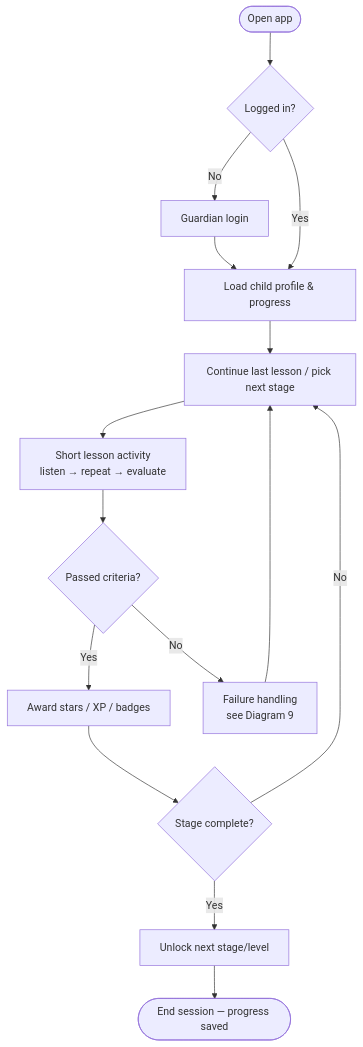
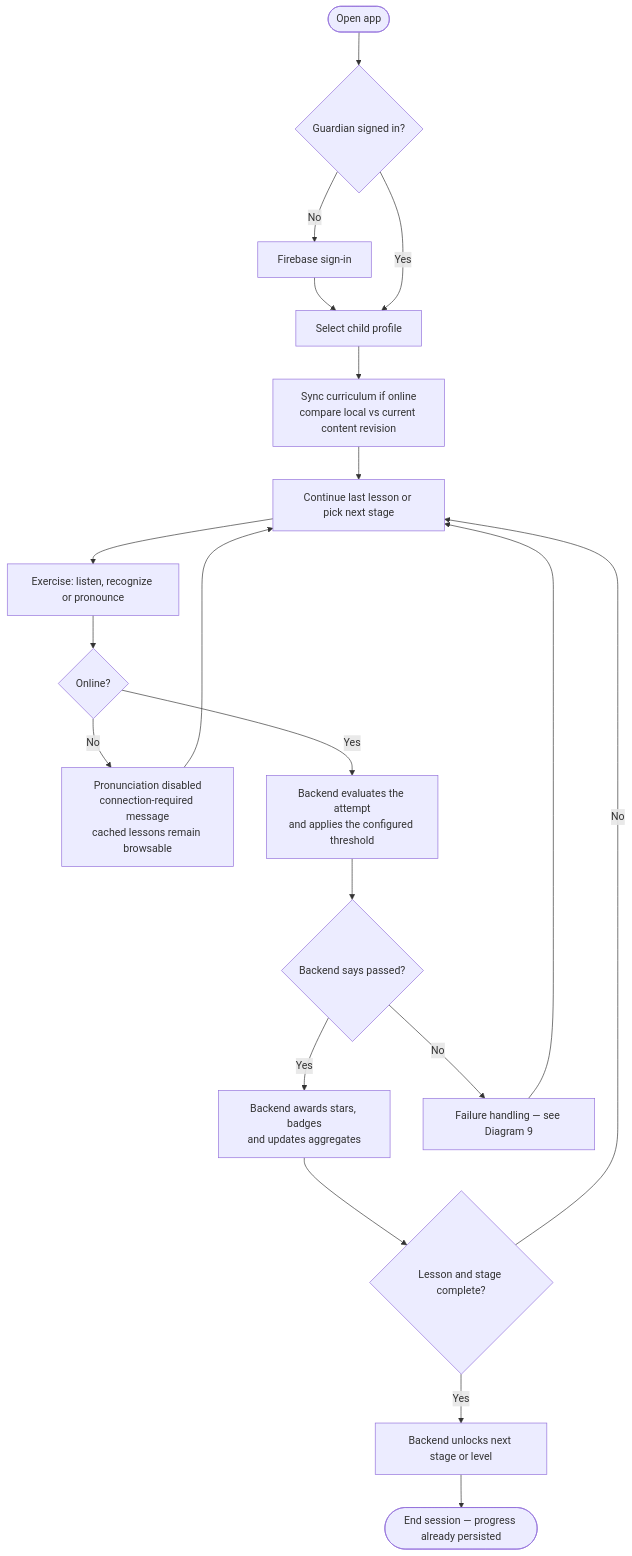
Before and after one commit to MohamedMaged9258/Yantiq: the eighth of 20 diagrams in docs/architecture/diagrams.md, drawn with Mermaid. The commit also changed other lines of this file, not shown here.

First line of the commit message:
docs: rewrite architecture diagrams against the Phase 0 baseline

````diff
--- a/docs/architecture/diagrams.md
+++ b/docs/architecture/diagrams.md
@@ -359,16 +523,21 @@
 ```mermaid
 flowchart TD
-    A([Open app]) --> B{Logged in?}
-    B -- No --> C[Guardian login] --> D
-    B -- Yes --> D[Load child profile & progress]
-    D --> E[Continue last lesson / pick next stage]
-    E --> F[Short lesson activity<br/>listen → repeat → evaluate]
-    F --> G{Passed criteria?}
-    G -- Yes --> H[Award stars / XP / badges]
-    H --> I{Stage complete?}
-    I -- Yes --> J[Unlock next stage/level]
-    I -- No --> E
-    G -- No --> K[Failure handling<br/>see Diagram 9]
-    K --> E
-    J --> L([End session — progress saved])
+    A([Open app]) --> B{Guardian signed in?}
+    B -- No --> C[Firebase sign-in] --> D
+    B -- Yes --> D[Select child profile]
+    D --> E[Sync curriculum if online<br/>compare local vs current content revision]
+    E --> F[Continue last lesson or pick next stage]
+    F --> G[Exercise: listen, recognize or pronounce]
+    G --> H{Online?}
+    H -- No --> I[Pronunciation disabled<br/>connection-required message<br/>cached lessons remain browsable]
+    I --> F
+    H -- Yes --> J[Backend evaluates the attempt<br/>and applies the configured threshold]
+    J --> K{Backend says passed?}
+    K -- Yes --> L[Backend awards stars, badges<br/>and updates aggregates]
+    L --> M{Lesson and stage complete?}
+    M -- Yes --> N[Backend unlocks next stage or level]
+    M -- No --> F
+    K -- No --> O[Failure handling — see Diagram 9]
+    O --> F
+    N --> P([End session — progress already persisted])
 ```
````
